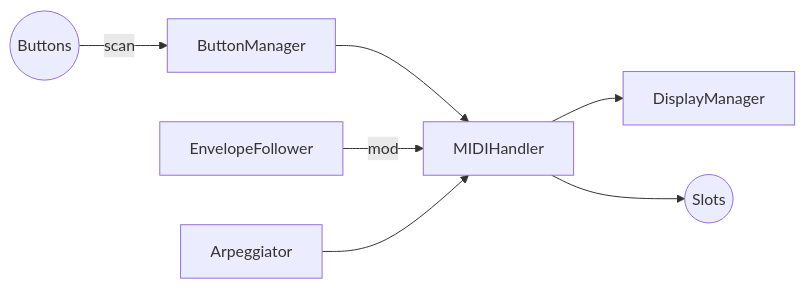
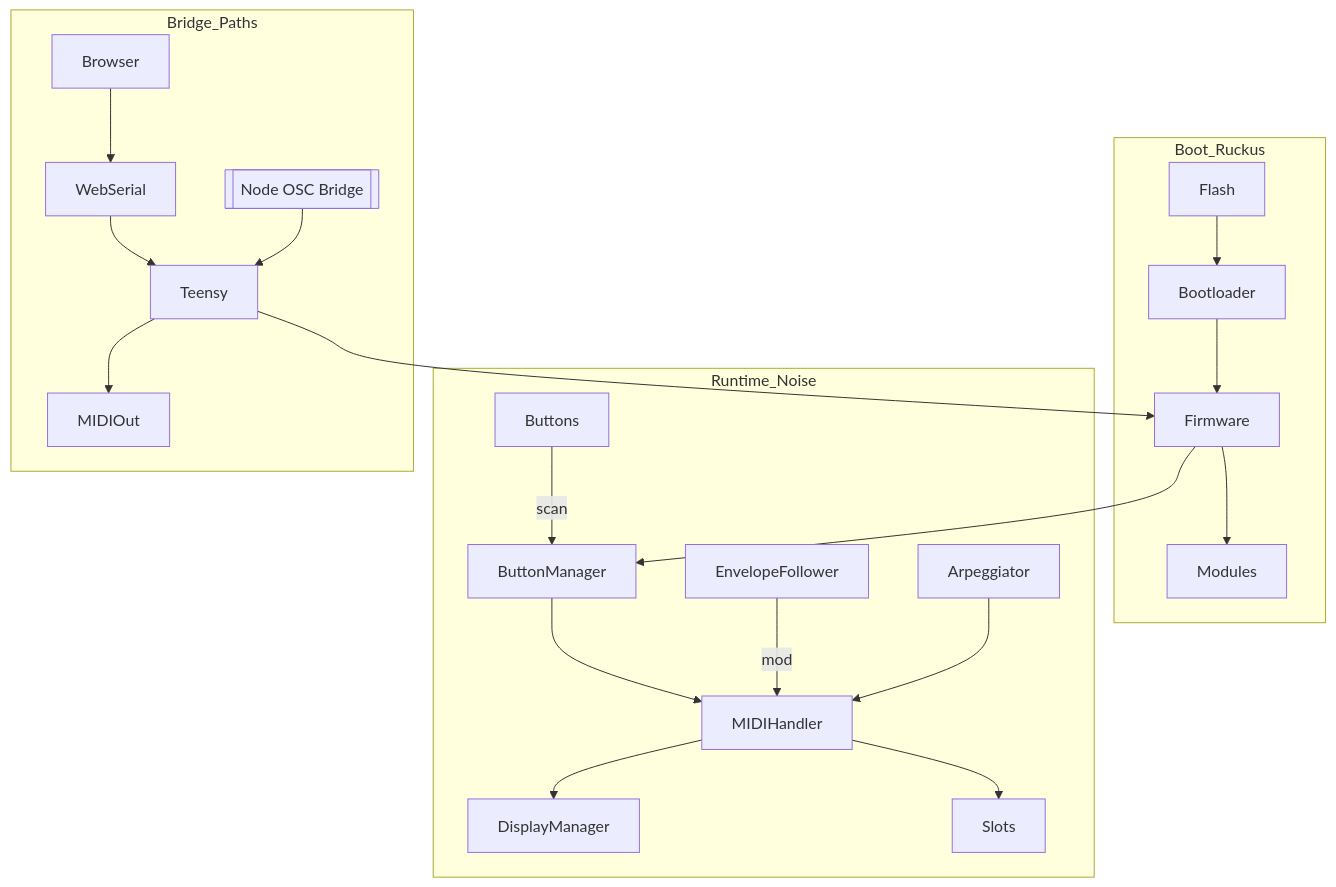
Before and after one commit to bseverns/MOARkNOBS-42: the diagram in docs/README.md, drawn with Mermaid. The commit also changed other lines of this file and 1 other file, not shown here.

Commit message:
docs: fuse mermaid chaos into single snapshots

````diff
--- a/docs/README.md
+++ b/docs/README.md
@@ -13,9 +11,23 @@
 ```mermaid
-graph LR
-  Buttons((Buttons)) -->|scan| BM[ButtonManager]
-  BM --> MIDI[MIDIHandler]
-  EF[EnvelopeFollower] -->|mod| MIDI
-  ARP[Arpeggiator] --> MIDI
-  MIDI --> DM[DisplayManager]
-  MIDI --> Slots((Slots))
+graph TD
+  subgraph Boot_Ruckus
+    Flash --> Loader[Bootloader]
+    Loader --> FW[Firmware]
+    FW --> Mods[Modules]
+  end
+  subgraph Runtime_Noise
+    Buttons -->|scan| BM[ButtonManager]
+    BM --> MIDI[MIDIHandler]
+    EF[EnvelopeFollower] -->|mod| MIDI
+    ARP[Arpeggiator] --> MIDI
+    MIDI --> DM[DisplayManager]
+    MIDI --> Slots
+  end
+  subgraph Bridge_Paths
+    Browser --> WebSerial --> Board[Teensy]
+    NodeOSC[[Node OSC Bridge]] --> Board
+    Board --> MIDIOut
+  end
+  FW --> BM
+  Board --> FW
 ```
````
